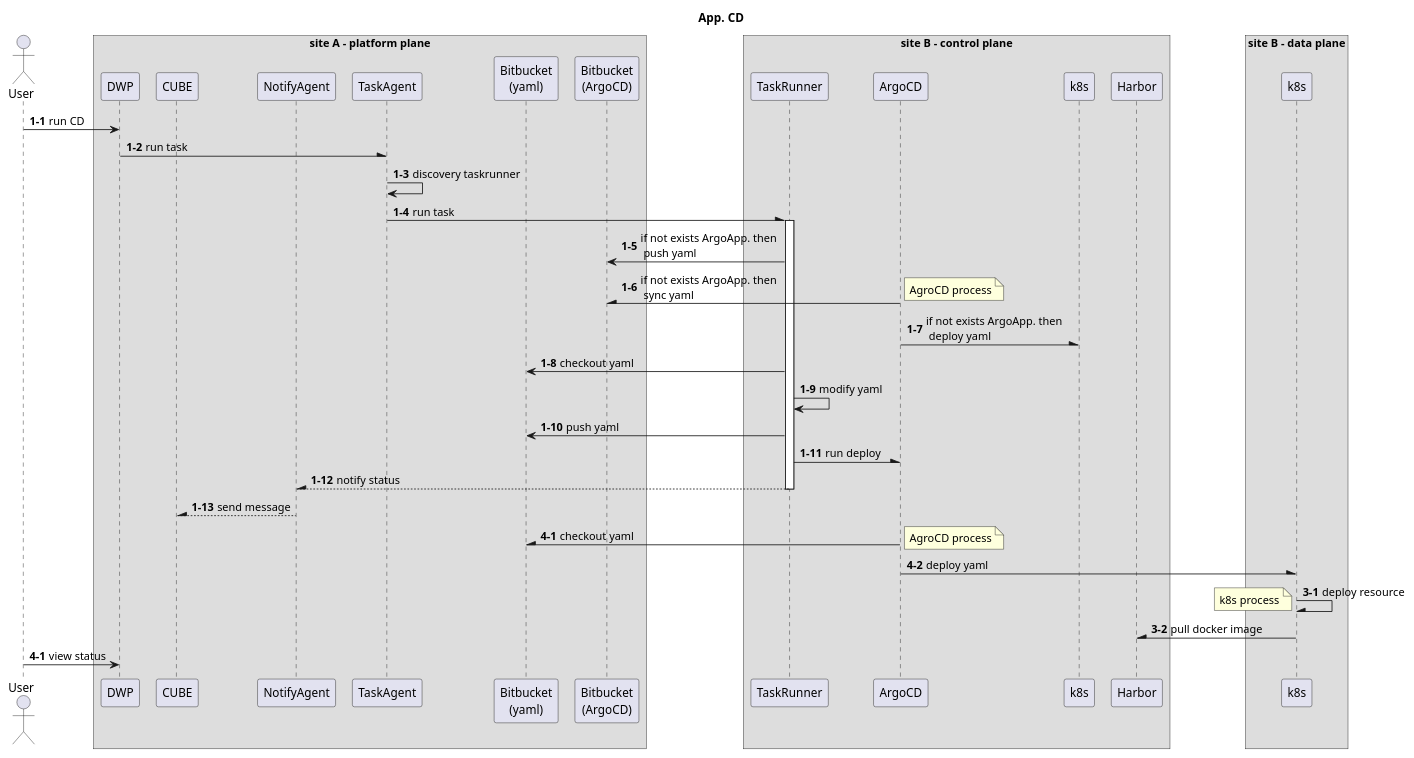
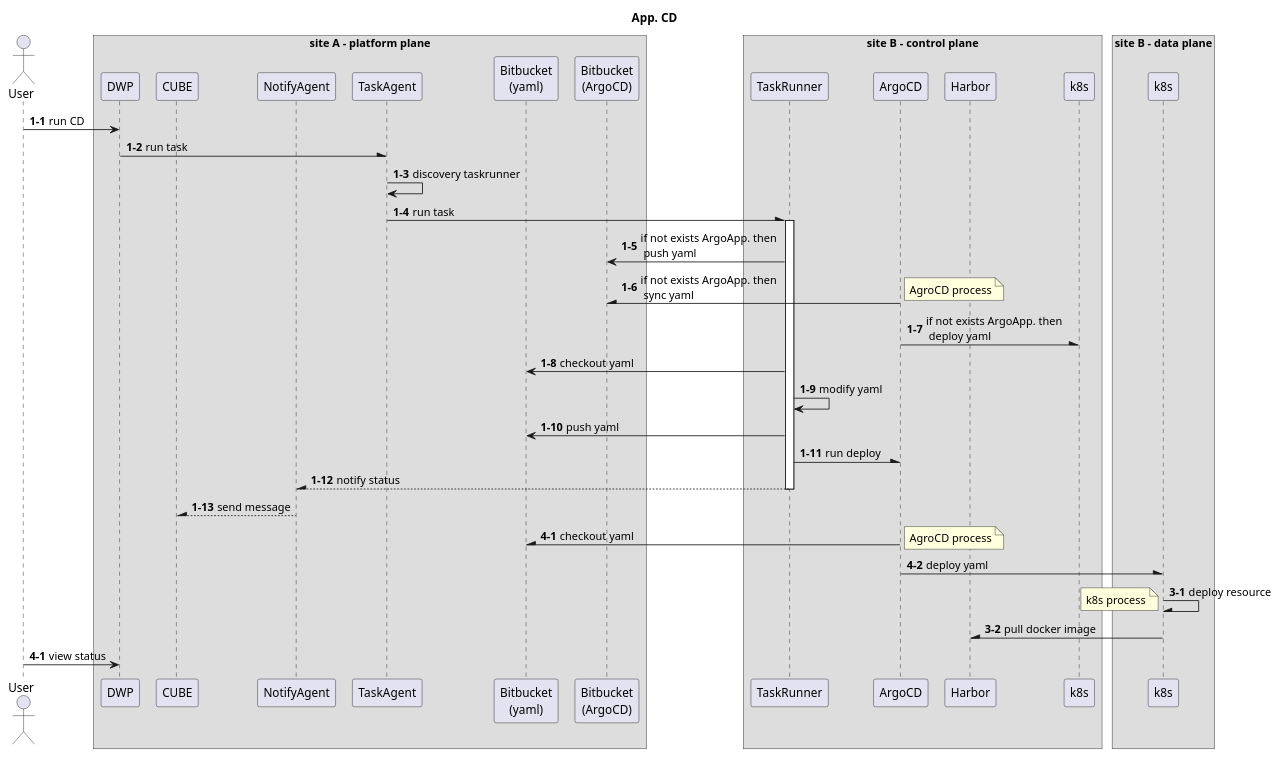
One commit to htdp1/am-arch changed the eighth of 13 diagrams in docs/src/multi-cloud/diagram.md. Above: the diagram before and after it, drawn with PlantUML. The commit also changed other lines of this file, not shown here.

Commit message:
modify diagram 1427

```diff
--- a/docs/src/multi-cloud/diagram.md
+++ b/docs/src/multi-cloud/diagram.md
@@ -339,61 +337,61 @@
 @startuml
 
 scale 1
 skinparam ParticipantPadding 5
 skinparam BoxPadding 5
 title "App. CD"
 
 actor User
 box "site A - platform plane"
     participant DWP
     participant CUBE
     participant NotifyAgent
     participant TaskAgent
     participant "Bitbucket\n(yaml)" as yaml
     participant "Bitbucket\n(ArgoCD)" as argoyaml
 end box
 box "site B - control plane"
     participant TaskRunner
     participant ArgoCD
+    participant Harbor
     participant k8s as k8sc
-    participant Harbor
 end box
 box "site B - data plane"
     participant k8s
 end box
 
 autonumber 1-1
 User -> DWP : run CD
 DWP -\ TaskAgent : run task
 TaskAgent -> TaskAgent : discovery taskrunner
 TaskAgent -\ TaskRunner : run task
 activate TaskRunner
 
 TaskRunner -> argoyaml : if not exists ArgoApp. then \n push yaml
 ArgoCD -\ argoyaml : if not exists ArgoApp. then \n sync yaml
 note right : AgroCD process
 ArgoCD -\ k8sc : if not exists ArgoApp. then \n deploy yaml
 
 TaskRunner -> yaml : checkout yaml
 TaskRunner -> TaskRunner : modify yaml
 TaskRunner -> yaml : push yaml
 TaskRunner -\ ArgoCD : run deploy
 
 TaskRunner --\ NotifyAgent : notify status
 deactivate TaskRunner
 NotifyAgent --\ CUBE : send message
 
 autonumber 4-1
 ArgoCD -\ yaml : checkout yaml
 note right : AgroCD process
 ArgoCD -\ k8s : deploy yaml
 
 autonumber 3-1
 k8s -\ k8s : deploy resource
 note left : k8s process
 k8s -\ Harbor : pull docker image
 
 autonumber 4-1
 User -> DWP : view status
 
 @enduml
```
